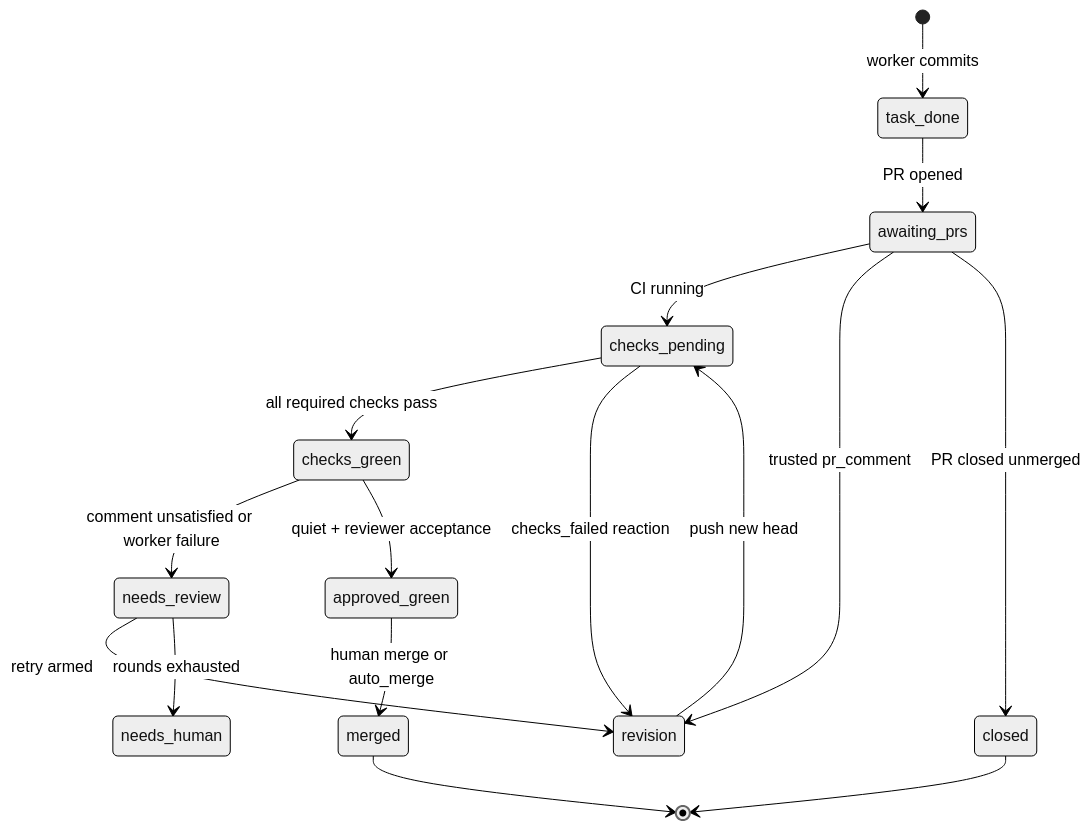
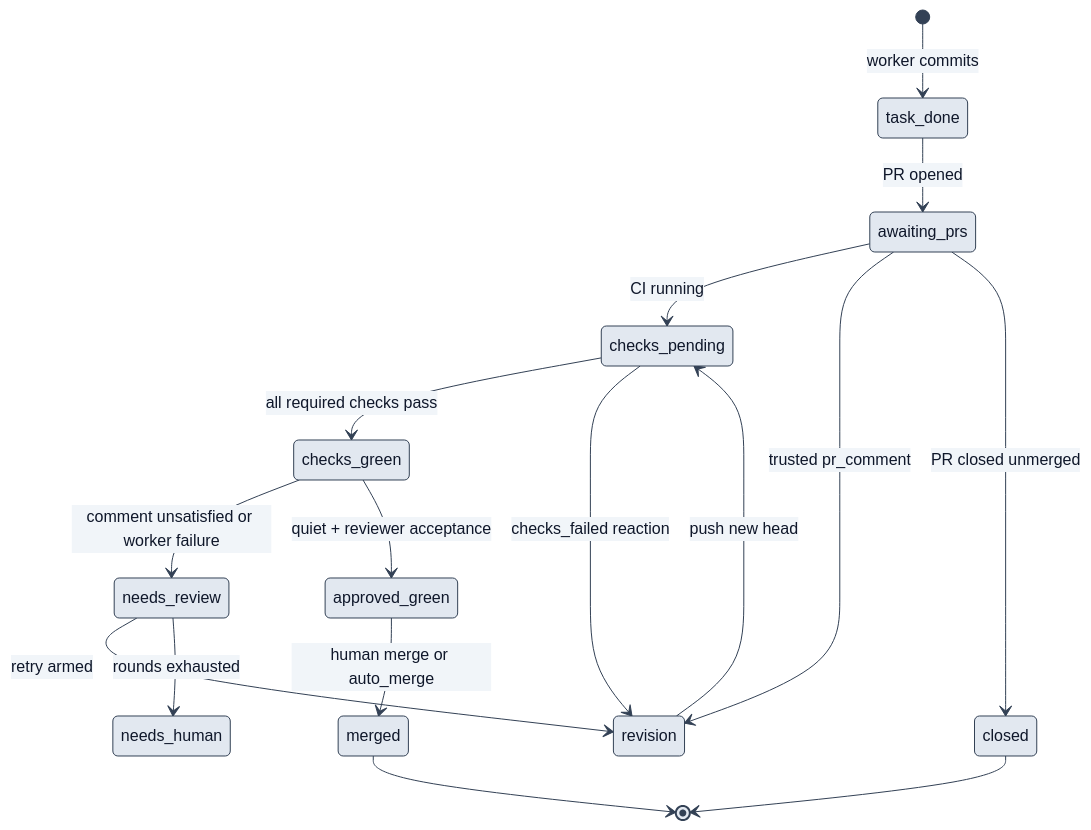
The diagram in docs/img/diagrams/pr-lifecycle.mmd (AmartyaKumar11/TreeFleet), drawn with Mermaid before and after one commit. The commit also changed 10 other files, not shown here.

Commit message:
docs: improve diagram contrast and drop AO comparison from README.

```diff
--- a/docs/img/diagrams/pr-lifecycle.mmd
+++ b/docs/img/diagrams/pr-lifecycle.mmd
@@ -1,17 +1,18 @@
-%%{init: {'theme': 'neutral'}}%%
+%%{init: {'theme': 'base', 'themeVariables': {'background': '#ffffff', 'primaryColor': '#e2e8f0', 'primaryTextColor': '#0f172a', 'primaryBorderColor': '#334155', 'lineColor': '#334155', 'secondaryColor': '#f1f5f9', 'tertiaryColor': '#ffffff', 'noteBorderColor': '#334155', 'noteBkgColor': '#fef9c3', 'noteTextColor': '#0f172a'}}}%%
 stateDiagram-v2
+  direction TB
   [*] --> task_done: worker commits
   task_done --> awaiting_prs: PR opened
   awaiting_prs --> checks_pending: CI running
   checks_pending --> checks_green: all required checks pass
   checks_pending --> revision: checks_failed reaction
   awaiting_prs --> revision: trusted pr_comment
   revision --> checks_pending: push new head
   checks_green --> needs_review: comment unsatisfied or worker failure
   checks_green --> approved_green: quiet + reviewer acceptance
   approved_green --> merged: human merge or auto_merge
   awaiting_prs --> closed: PR closed unmerged
   merged --> [*]
   closed --> [*]
   needs_review --> revision: retry armed
   needs_review --> needs_human: rounds exhausted
```
